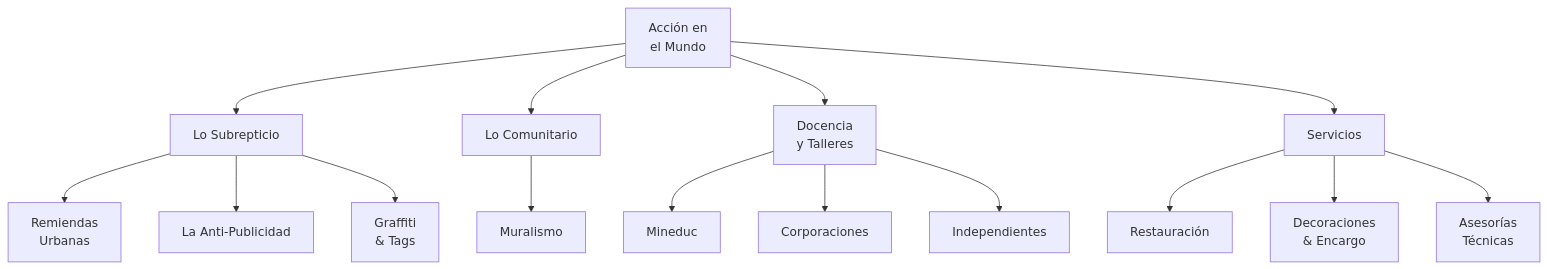
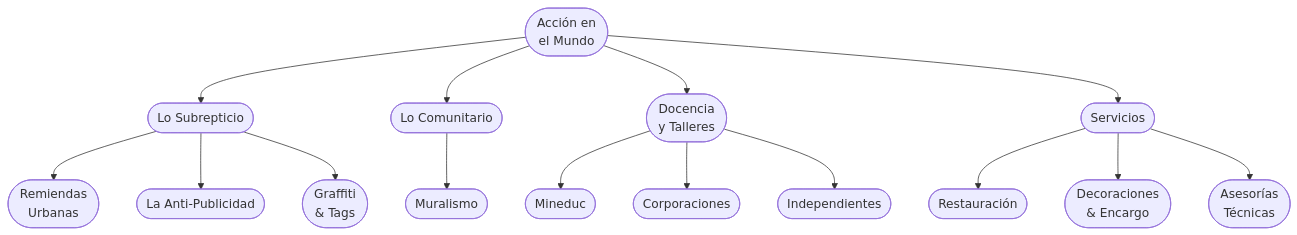
One commit to EGGS-Artesvisuales/EGGS-Artesvisuales.github.io changed the second of 3 diagrams in ES/diagrama.md. Above: the diagram before and after it, drawn with Mermaid. The commit also changed other lines of this file, not shown here.

```diff
--- a/ES/diagrama.md
+++ b/ES/diagrama.md
@@ -101,39 +101,39 @@
 <div class="mermaid">
 graph TD
-  B[Acción en\nel Mundo] --> B1[Lo Subrepticio]
-  B1 --> B1a[Remiendas\nUrbanas]
-  B1 --> B1b[La Anti-Publicidad]
-  B1 --> B1c[Graffiti\n& Tags]
+  B([Acción en\nel Mundo]) --> B1([Lo Subrepticio])
+  B1 --> B1a([Remiendas\nUrbanas])
+  B1 --> B1b([La Anti-Publicidad])
+  B1 --> B1c([Graffiti\n& Tags])
 
-  B --> B2[Lo Comunitario]
-  B2 --> B2a[Muralismo]
+  B --> B2([Lo Comunitario])
+  B2 --> B2a([Muralismo])
 
-  B --> B3[Docencia\ny Talleres]
-  B3 --> B3a[Mineduc]
-  B3 --> B3b[Corporaciones]
-  B3 --> B3c[Independientes]
+  B --> B3([Docencia\ny Talleres])
+  B3 --> B3a([Mineduc])
+  B3 --> B3b([Corporaciones])
+  B3 --> B3c([Independientes])
 
-  B --> B4[Servicios]
-  B4 --> B4a[Restauración]
-  B4 --> B4b[Decoraciones\n& Encargo]
-  B4 --> B4c[Asesorías\nTécnicas]
+  B --> B4([Servicios])
+  B4 --> B4a([Restauración])
+  B4 --> B4b([Decoraciones\n& Encargo])
+  B4 --> B4c([Asesorías\nTécnicas])
 
   %% Enlaces (existentes)
   click B "accion.html" "Ir a Acción en el Mundo"
   click B1 "subrepticio.html" "Ir a Lo Subrepticio"
   click B1a "subrep-remiendas-urbanas.html" "Ir a Remiendas Urbanas"
   click B1b "subrep-antipublicidad.html" "Ir a La Anti-Publicidad"
   click B2 "comunitario.html" "Ir a Lo Comunitario"
   click B3 "docencia.html" "Ir a Docencia y Talleres"
   click B4 "servicios.html" "Ir a Servicios"
 
   %% Enlaces (no existentes aún -> en construcción)
   click B1c "en-construccion.html" "En construcción"
   click B2a "en-construccion.html" "En construcción"
   click B3a "en-construccion.html" "En construcción"
   click B3b "en-construccion.html" "En construcción"
   click B3c "en-construccion.html" "En construcción"
   click B4a "en-construccion.html" "En construcción"
   click B4b "en-construccion.html" "En construcción"
   click B4c "en-construccion.html" "En construcción"
 </div>
```
